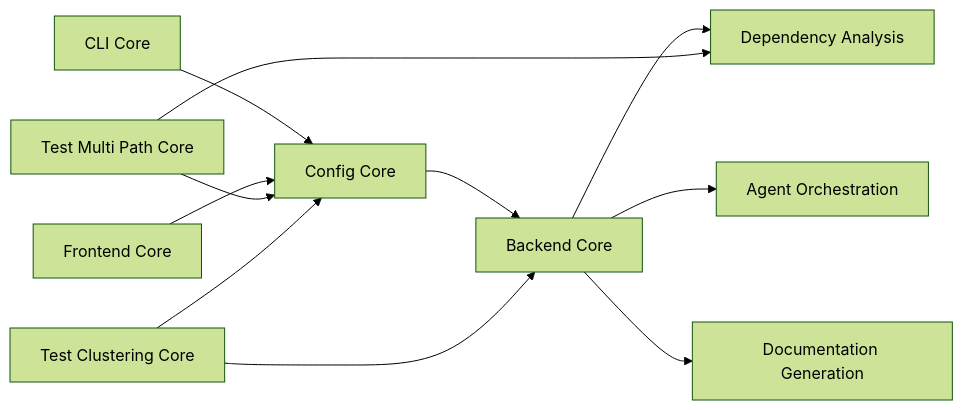
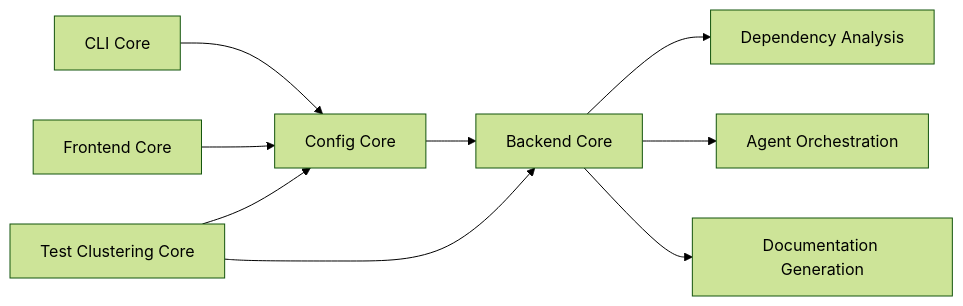
The diagram in docs/diagrams/architecture/README-3.mmd (flamingo-stack/CodeWiki), drawn with Mermaid (forest theme) before and after one commit. The commit also changed 79 other files, not shown here.

First line of the commit message:
feat(codewiki): graph tools on writing agents, remove additional paths CU-17tkuw66ma4 (#134)

```diff
--- a/docs/diagrams/architecture/README-3.mmd
+++ b/docs/diagrams/architecture/README-3.mmd
@@ -1,14 +1,11 @@
 flowchart LR
     Cli["CLI Core"] --> Config["Config Core"]
     Web["Frontend Core"] --> Config
     Config --> Backend["Backend Core"]
 
     Backend --> Analysis["Dependency Analysis"]
     Backend --> Agents["Agent Orchestration"]
     Backend --> Docs["Documentation Generation"]
 
-    MultiPathTests["Test Multi Path Core"] --> Config
-    MultiPathTests --> Analysis
-
     ClusteringTests["Test Clustering Core"] --> Config
     ClusteringTests --> Backend
```
